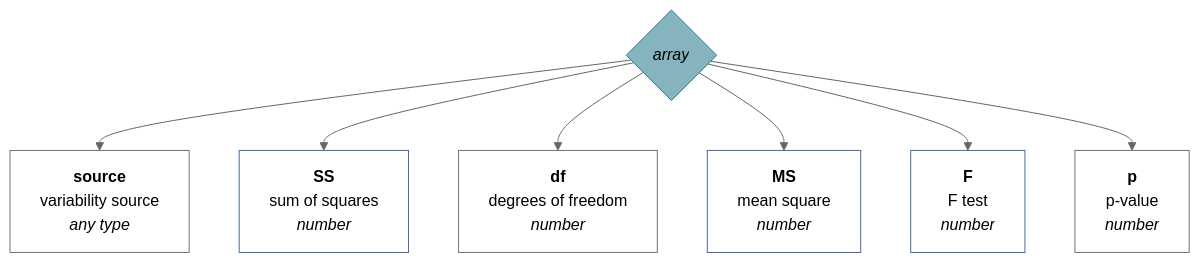
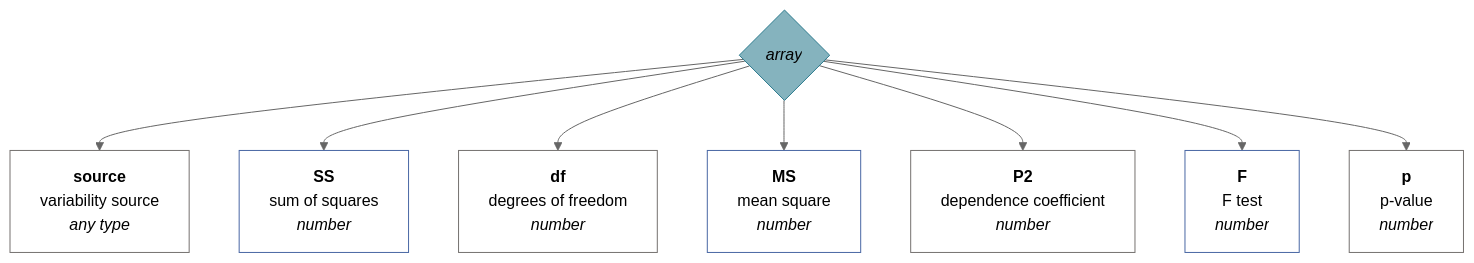
Diagram 35 of 43 in docs/en-GB.md (muzikp/retusa), drawn with Mermaid (neutral theme) before and after one commit. The commit also changed other lines of this file and 6 other files, not shown here.

````diff
--- a/docs/en-GB.md
+++ b/docs/en-GB.md
@@ -1363,25 +1335,28 @@
 ```mermaid
 graph TD
 anovatw{<i>array</i>}
 style anovatw fill:#85B3BE;
 style anovatw stroke:#2E7C8F;
 anovatw --> source[<b>source</b><br>variability source <br><i>any type</i>]
 style source fill:#FFFFFF;
 style source stroke:#75716F;
 anovatw --> SS[<b>SS</b><br>sum of squares <br><i>number</i>]
 style SS fill:#FFFFFF;
 style SS stroke:#4967A4;
 anovatw --> df[<b>df</b><br>degrees of freedom <br><i>number</i>]
 style df fill:#FFFFFF;
 style df stroke:#75716F;
 anovatw --> MS[<b>MS</b><br>mean square <br><i>number</i>]
 style MS fill:#FFFFFF;
 style MS stroke:#4967A4;
+anovatw --> P2[<b>P2</b><br>dependence coefficient <br><i>number</i>]
+style P2 fill:#FFFFFF;
+style P2 stroke:#75716F;
 anovatw --> F[<b>F</b><br>F test <br><i>number</i>]
 style F fill:#FFFFFF;
 style F stroke:#4967A4;
 anovatw --> p[<b>p</b><br>p-value <br><i>number</i>]
 style p fill:#FFFFFF;
 style p stroke:#75716F;
 
 ```
````
